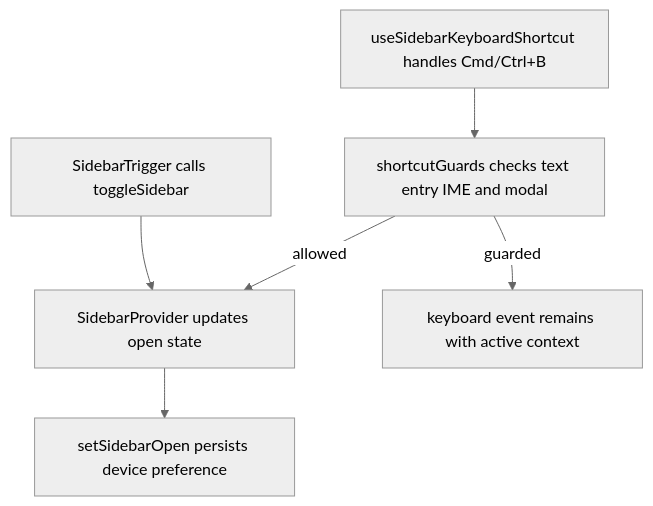
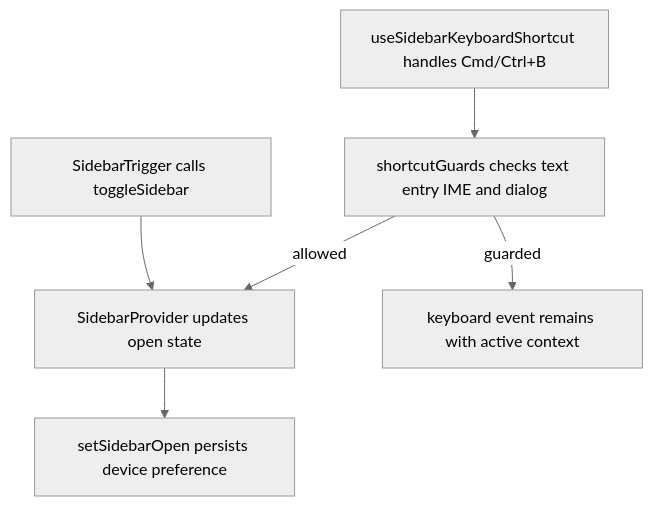
One commit to Kevinjohn/capacitylens changed the second of 2 diagrams in user-stories/navigation/US-NAV-22-desktop-sidebar-toggle.md. Above: the diagram before and after it, drawn with Mermaid (neutral theme). The commit also changed other lines of this file and 88 other files, not shown here.

First line of the commit message:
Modal to dialog: rename the form dialog wrapper and remaining names

````diff
--- a/user-stories/navigation/US-NAV-22-desktop-sidebar-toggle.md
+++ b/user-stories/navigation/US-NAV-22-desktop-sidebar-toggle.md
@@ -29,8 +29,8 @@
 ```mermaid
 flowchart TD
   button["SidebarTrigger calls toggleSidebar"] --> state["SidebarProvider updates open state"]
-  key["useSidebarKeyboardShortcut handles Cmd/Ctrl+B"] --> guard["shortcutGuards checks text entry IME and modal"]
+  key["useSidebarKeyboardShortcut handles Cmd/Ctrl+B"] --> guard["shortcutGuards checks text entry IME and dialog"]
   guard -->|allowed| state
   guard -->|guarded| context["keyboard event remains with active context"]
   state --> pref["setSidebarOpen persists device preference"]
 ```
````
